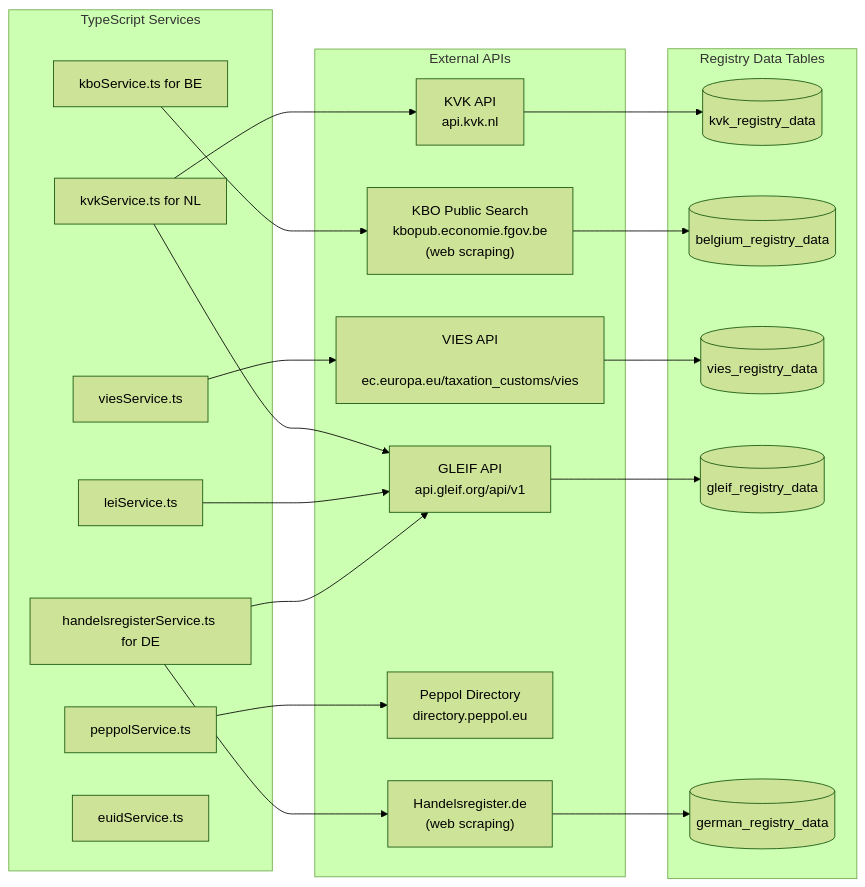
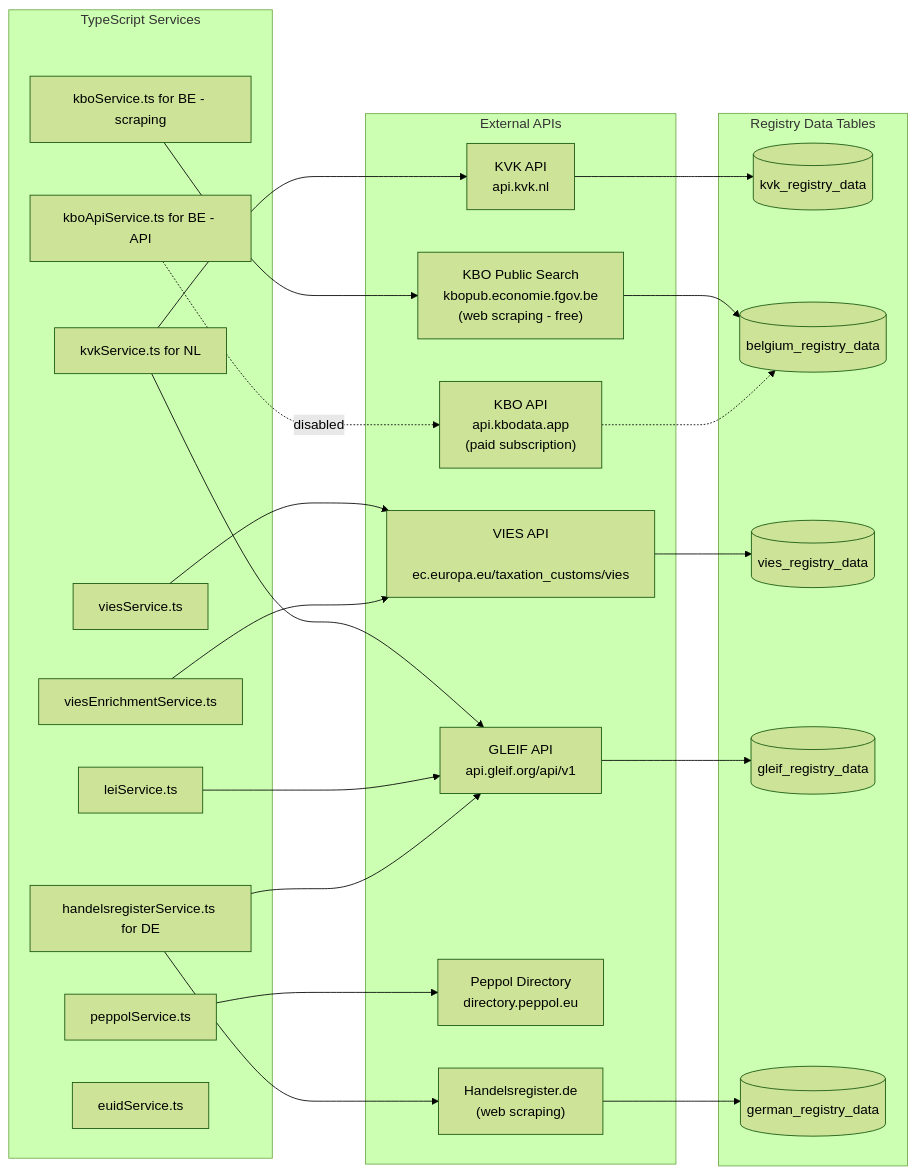
Before and after one commit to DeNoronha/ctn-asr-demo: the fourth of 7 diagrams in docs/ENRICHMENT_ARCHITECTURE.md, drawn with Mermaid (forest theme). The commit also changed other lines of this file and 3 other files, not shown here.

First line of the commit message:
feat: add VIES batch verification and KBO API service (disabled)

````diff
--- a/docs/ENRICHMENT_ARCHITECTURE.md
+++ b/docs/ENRICHMENT_ARCHITECTURE.md
@@ -293,51 +316,59 @@
 ```mermaid
 flowchart LR
     subgraph Services["TypeScript Services"]
         KVK_SVC[kvkService.ts for NL]
-        KBO_SVC[kboService.ts for BE]
+        KBO_SVC[kboService.ts for BE - scraping]
+        KBO_API_SVC[kboApiService.ts for BE - API]
         VIES_SVC[viesService.ts]
+        VIES_ENRICH[viesEnrichmentService.ts]
         LEI_SVC[leiService.ts]
         HR_SVC[handelsregisterService.ts for DE]
         PEPPOL_SVC[peppolService.ts]
         EUID_SVC[euidService.ts]
     end
 
     subgraph APIs["External APIs"]
         KVK_API["KVK API
         api.kvk.nl"]
         KBO_WEB["KBO Public Search
         kbopub.economie.fgov.be
-        (web scraping)"]
+        (web scraping - free)"]
+        KBO_API["KBO API
+        api.kbodata.app
+        (paid subscription)"]
         VIES_API["VIES API
         ec.europa.eu/taxation_customs/vies"]
         GLEIF_API["GLEIF API
         api.gleif.org/api/v1"]
         PEPPOL_API["Peppol Directory
         directory.peppol.eu"]
         HR_WEB["Handelsregister.de
         (web scraping)"]
     end
 
     subgraph Data["Registry Data Tables"]
         KVK_DATA[(kvk_registry_data)]
         BE_DATA[(belgium_registry_data)]
         VIES_DATA[(vies_registry_data)]
         GLEIF_DATA[(gleif_registry_data)]
         DE_DATA[(german_registry_data)]
     end
 
     KVK_SVC --> KVK_API
     KVK_SVC --> GLEIF_API
     KBO_SVC --> KBO_WEB
+    KBO_API_SVC -.->|disabled| KBO_API
     VIES_SVC --> VIES_API
+    VIES_ENRICH --> VIES_API
     LEI_SVC --> GLEIF_API
     HR_SVC --> HR_WEB
     HR_SVC --> GLEIF_API
     PEPPOL_SVC --> PEPPOL_API
 
     KVK_API --> KVK_DATA
     KBO_WEB --> BE_DATA
+    KBO_API -.-> BE_DATA
     VIES_API --> VIES_DATA
     GLEIF_API --> GLEIF_DATA
     HR_WEB --> DE_DATA
 ```
````
